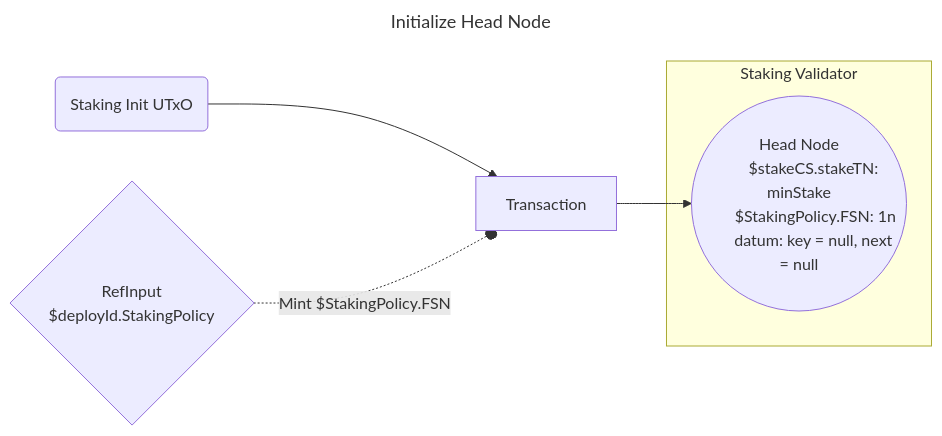
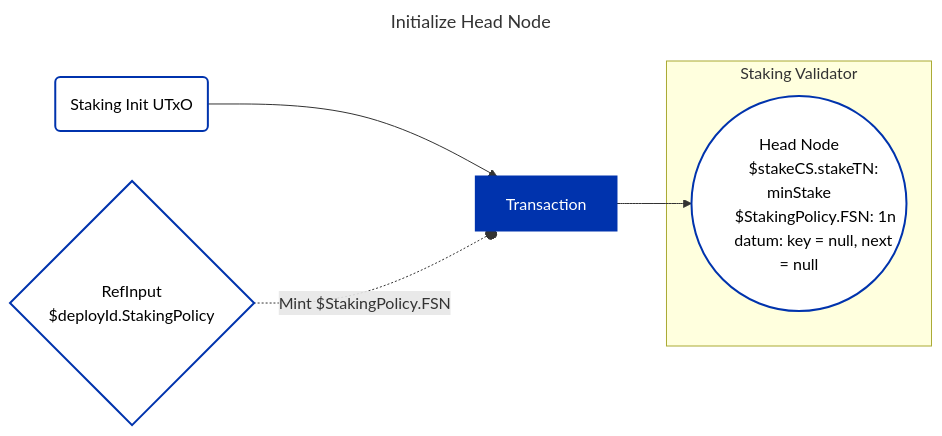
Before and after one commit to cardano-foundation/developer-portal: the fifth of 9 diagrams in docs/smart-contracts/smart-contract-languages/plutarch/production-grade-dapps/single-asset-staking.md, drawn with Mermaid. The commit also changed other lines of this file and 14 other files, not shown here.

Commit message:
cardano unified color scheme for mermaid diagrams

````diff
--- a/docs/smart-contracts/smart-contract-languages/plutarch/production-grade-dapps/single-asset-staking.md
+++ b/docs/smart-contracts/smart-contract-languages/plutarch/production-grade-dapps/single-asset-staking.md
@@ -175,18 +191,23 @@
 ```mermaid
 ---
 title: Initialize Head Node
 ---
 graph LR
     I1(Staking Init UTxO)
     TX[ Transaction ]
     subgraph Staking Validator
     O1(("Head Node
         $stakeCS.stakeTN: minStake
         $StakingPolicy.FSN: 1n
         datum: key = null, next = null"))
     end
     I1 --> TX
     MP{"RefInput
       $deployId.StakingPolicy"}  -.-o|Mint $StakingPolicy.FSN| TX
     TX --> O1
+
+    style I1 fill:#FFFFFF,stroke:#0033AD,stroke-width:2px,color:#000000
+    style TX fill:#0033AD,stroke:#0033AD,stroke-width:2px,color:#FFFFFF
+    style O1 fill:#FFFFFF,stroke:#0033AD,stroke-width:2px,color:#000000
+    style MP fill:#FFFFFF,stroke:#0033AD,stroke-width:2px,color:#000000
 ```
````
